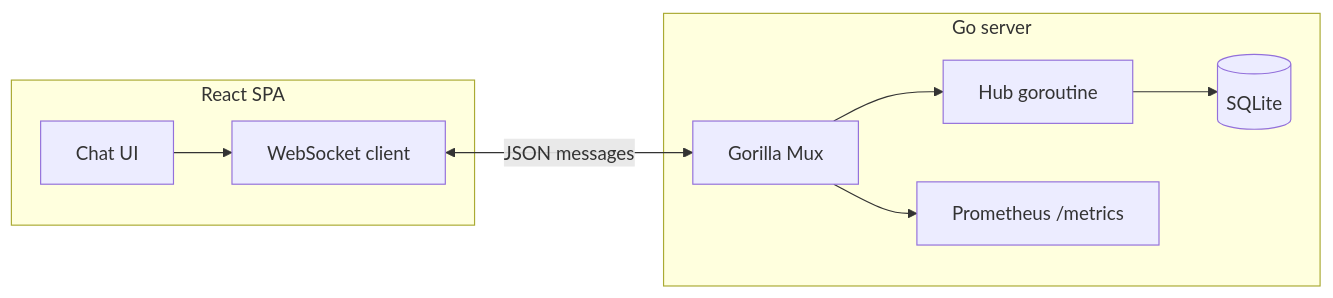
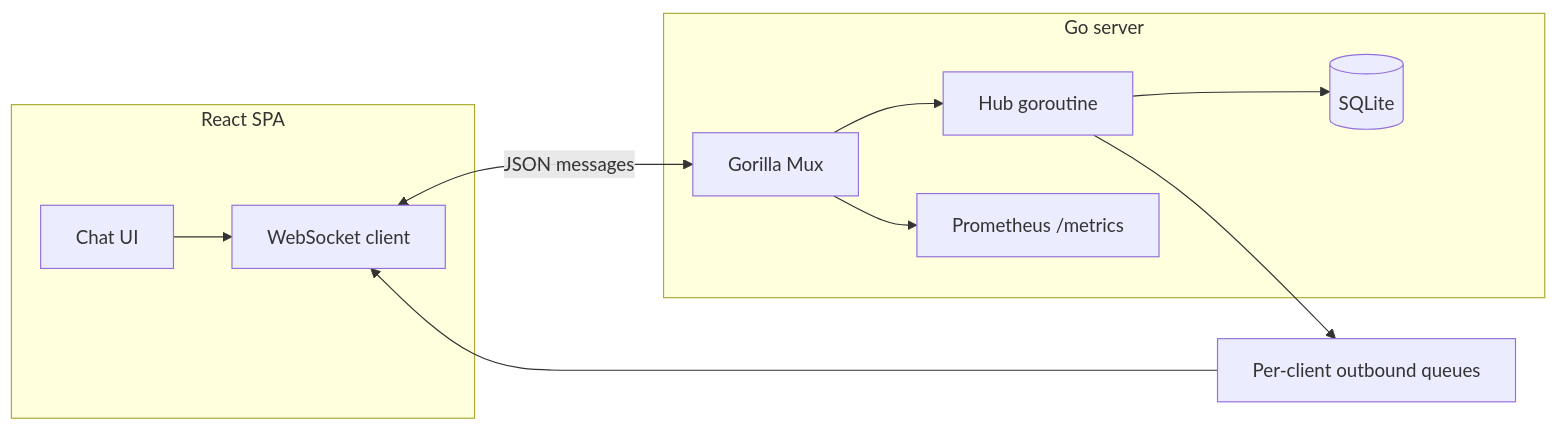
The diagram in docs/ARCHITECTURE.md (AlisinaDevelo/Chatster), drawn with Mermaid before and after one commit. The commit also changed other lines of this file and 8 other files, not shown here.

````diff
--- a/docs/ARCHITECTURE.md
+++ b/docs/ARCHITECTURE.md
@@ -7,18 +7,20 @@
 ```mermaid
 flowchart LR
   subgraph client [React SPA]
     UI[Chat UI]
     WSClient[WebSocket client]
   end
   subgraph server [Go server]
     Mux[Gorilla Mux]
     Hub[Hub goroutine]
     DB[(SQLite)]
     Prom[Prometheus /metrics]
   end
   UI --> WSClient
   WSClient <-->|JSON messages| Mux
   Mux --> Hub
   Mux --> Prom
   Hub --> DB
+  Hub --> Queues[Per-client outbound queues]
+  Queues --> WSClient
 ```
````
